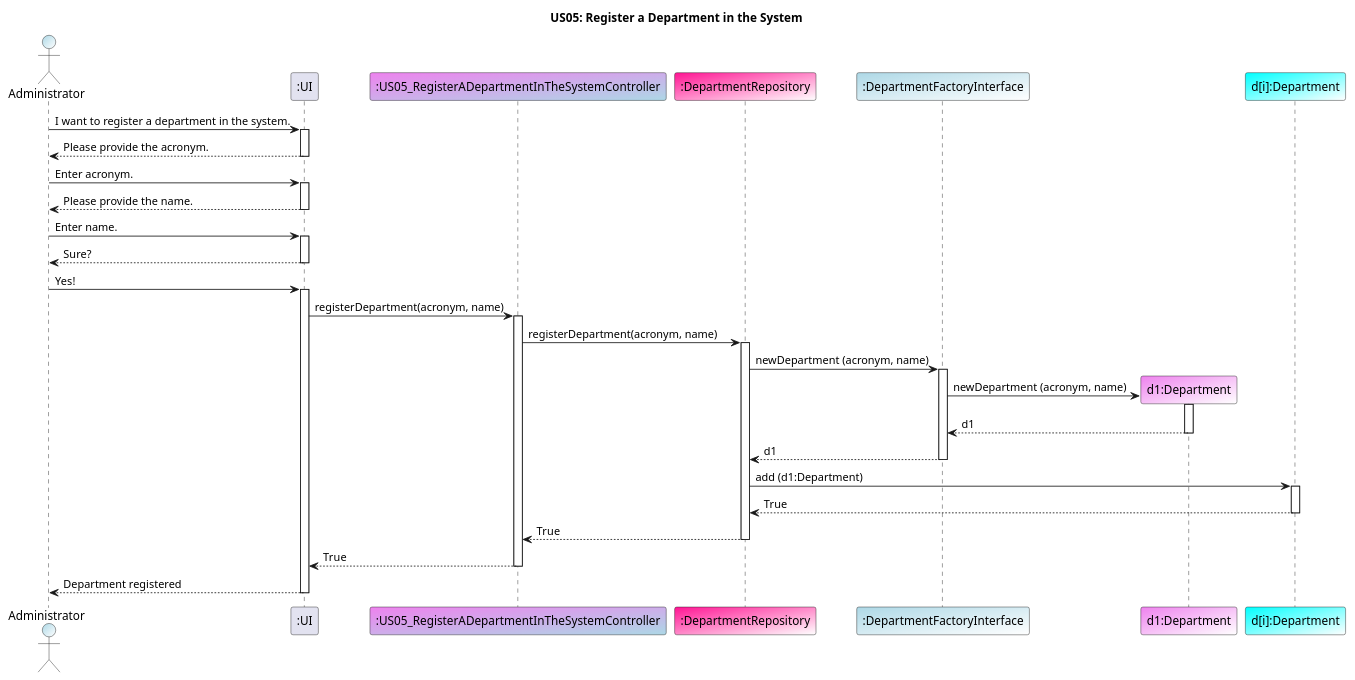
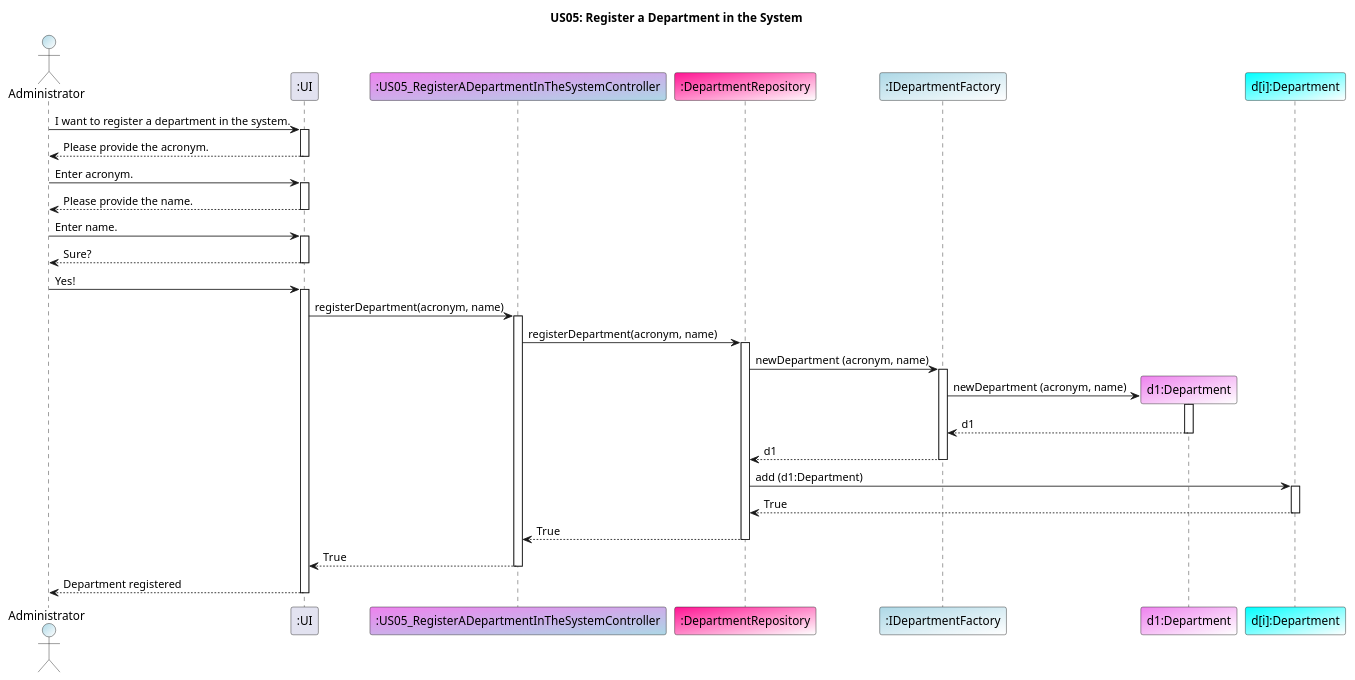
The diagram in docs/US05/US05_DepartmentRegistrySequenceDiagram.puml (GasparISEP/DevOps-PAI), drawn with PlantUML before and after one commit. The commit also changed 9 other files, not shown here.

```diff
--- a/docs/US05/US05_DepartmentRegistrySequenceDiagram.puml
+++ b/docs/US05/US05_DepartmentRegistrySequenceDiagram.puml
@@ -1,54 +1,54 @@
 @startuml
 
 title US05: Register a Department in the System
 
 actor "Administrator" as Administrator #LightBlue/White
 participant ":UI" as UI
 participant ":US05_RegisterADepartmentInTheSystemController" as Controller #Violet/LightBlue
 participant ":DepartmentRepository" as DepartmentRepository #DeepPink/White
-participant ":DepartmentFactoryInterface" as DepartmentFactory #LightBlue/White
+participant ":IDepartmentFactory" as DepartmentFactory #LightBlue/White
 participant "d1:Department" as Department #Violet/White
 participant "d[i]:Department" as Departmenti #Cyan/White
 
 Administrator -> UI: I want to register a department in the system.
 activate UI
 UI --> Administrator: Please provide the acronym.
 deactivate UI
 Administrator -> UI: Enter acronym.
 activate UI
 UI --> Administrator: Please provide the name.
 deactivate UI
 Administrator -> UI: Enter name.
 activate UI
 UI --> Administrator: Sure?
 deactivate UI
 Administrator -> UI: Yes!
 activate UI
 
 UI -> Controller: registerDepartment(acronym, name)
 activate Controller
 Controller -> DepartmentRepository: registerDepartment(acronym, name)
 activate DepartmentRepository
 DepartmentRepository -> DepartmentFactory: newDepartment (acronym, name)
 activate DepartmentFactory
 DepartmentFactory -> Department **: newDepartment (acronym, name)
 activate Department
 Department --> DepartmentFactory: d1
 deactivate Department
 DepartmentFactory --> DepartmentRepository: d1
 deactivate DepartmentFactory
 DepartmentRepository -> Departmenti: add (d1:Department)
 activate Departmenti
 Departmenti --> DepartmentRepository: True
 deactivate Departmenti
 DepartmentRepository --> Controller: True
 deactivate DepartmentRepository
 
 Controller --> UI: True
 deactivate Controller
 UI --> Administrator: Department registered
 deactivate UI
 
 
 
 @enduml
```
